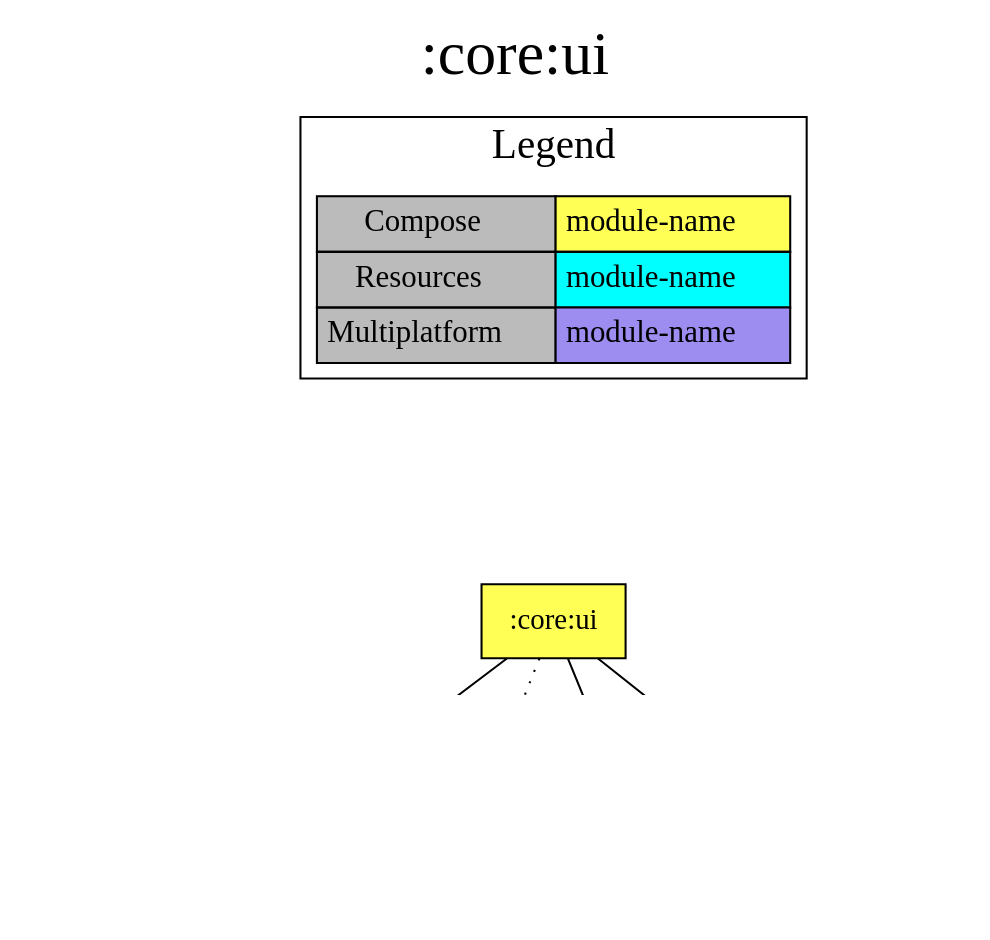
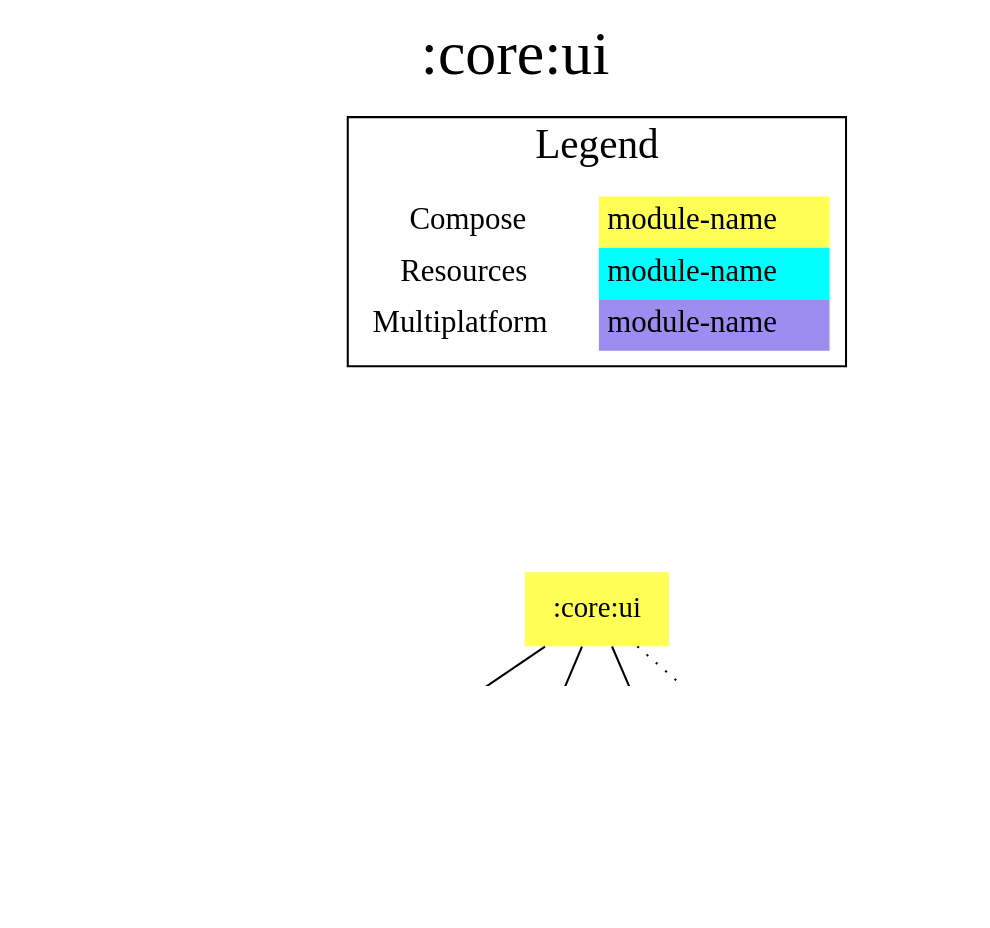
Before and after one commit to jonapoul/aktual: the diagram in modules/core/ui/project-dependency-graph.dot, drawn with Graphviz. The commit also changed 62 other files, not shown here.

Commit message:
Reworked diagrams plugin a bit

```diff
--- a/modules/core/ui/project-dependency-graph.dot
+++ b/modules/core/ui/project-dependency-graph.dot
@@ -1,29 +1,29 @@
 digraph {
 edge ["dir"="forward"]
 graph ["dpi"="100","label"=":core:ui","labelloc"="t","fontsize"="30","ranksep"="1.5","rankdir"="TB"]
 node ["style"="filled"]
-":core:colorscheme" ["fillcolor"="#9D8DF1","shape"="box"]
-":core:res" ["fillcolor"="#00FFFF","shape"="box"]
-":core:ui" ["fillcolor"="#FFFF55","shape"="box"]
-":core:versions" ["fillcolor"="#9D8DF1","shape"="box"]
-":url:model" ["fillcolor"="#9D8DF1","shape"="box"]
+":core:ui" ["fillcolor"="#FFFF55","shape"="none"]
+":core:colorscheme" ["fillcolor"="#9D8DF1","shape"="none"]
+":core:versions" ["fillcolor"="#9D8DF1","shape"="none"]
+":url:model" ["fillcolor"="#9D8DF1","shape"="none"]
+":core:res" ["fillcolor"="#00FFFF","shape"="none"]
 {
 edge ["dir"="none"]
 graph ["rank"="same"]
 }
 ":core:ui" -> ":core:colorscheme"
 ":core:ui" -> ":core:res" ["style"="dotted"]
 ":core:ui" -> ":core:versions"
 ":core:ui" -> ":url:model"
 subgraph "cluster_legend" {
 edge ["dir"="none"]
 graph ["label"="Legend","fontsize"="20"]
-"Legend" ["style"="filled","fillcolor"="#bbbbbb","shape"="none","margin"="0","fontsize"="15","label"=<
-<TABLE BORDER="0" CELLBORDER="1" CELLSPACING="0" CELLPADDING="4">
+"Legend" ["style"="filled","fillcolor"="#FFFFFF","shape"="none","margin"="0","fontsize"="15","label"=<
+<TABLE BORDER="0" CELLBORDER="0" CELLSPACING="0" CELLPADDING="4">
 <TR><TD>Compose</TD><TD BGCOLOR="#FFFF55">module-name</TD></TR>
 <TR><TD>Resources</TD><TD BGCOLOR="#00FFFF">module-name</TD></TR>
 <TR><TD>Multiplatform</TD><TD BGCOLOR="#9D8DF1">module-name</TD></TR>
 </TABLE>
 >]
 } -> ":core:ui" ["style"="invis"]
 }
```
